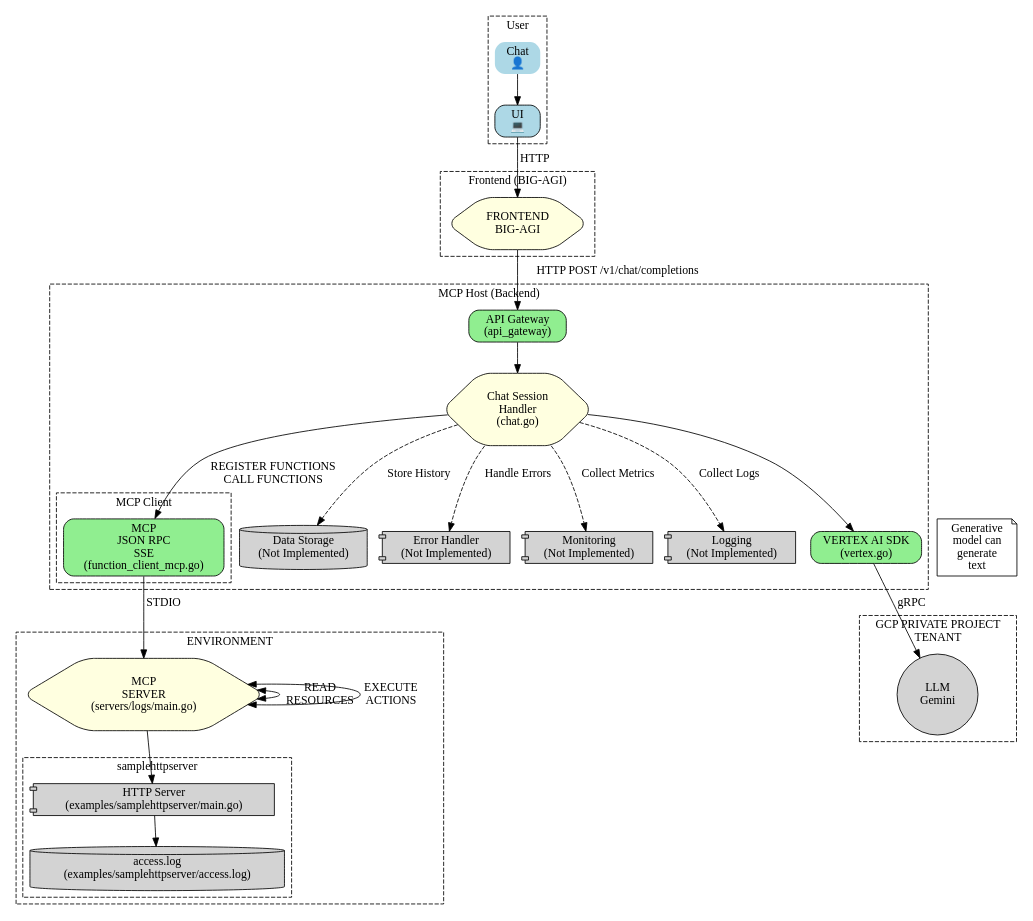
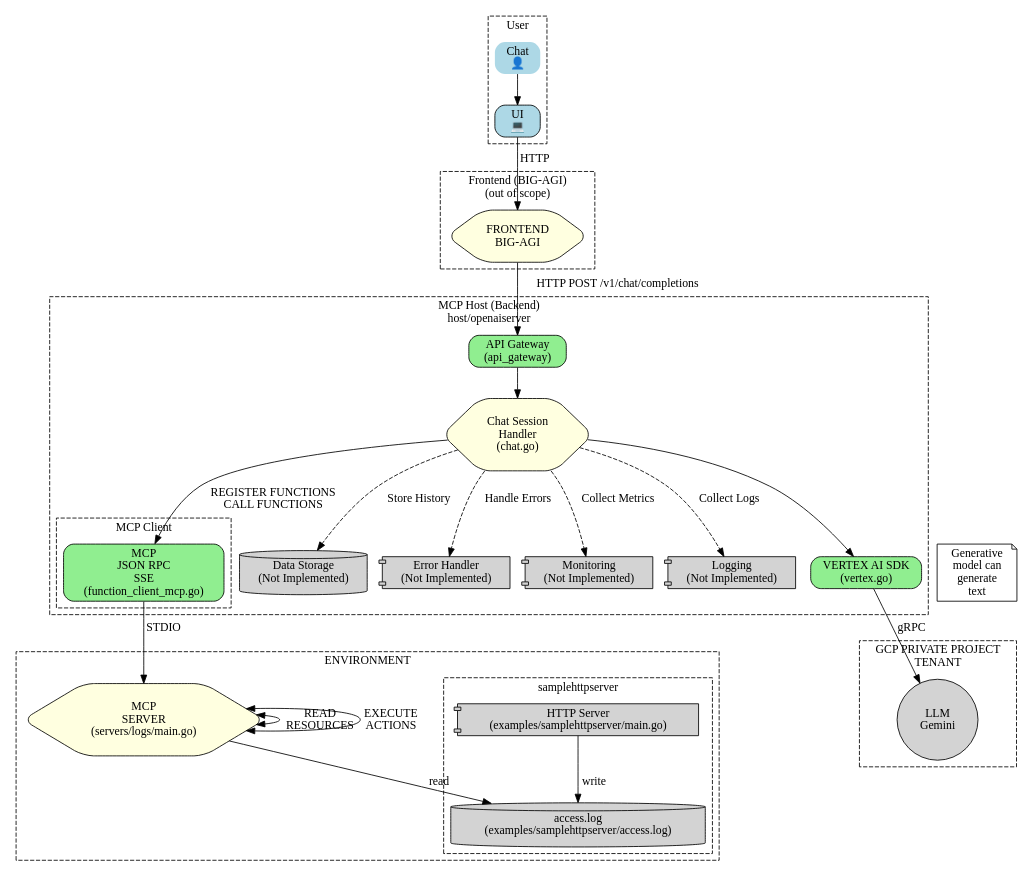
The diagram in doc/diagram.gv (owulveryck/gomcptest), drawn with Graphviz before and after one commit. The commit also changed 1 other file, not shown here.

```diff
--- a/doc/diagram.gv
+++ b/doc/diagram.gv
@@ -1,79 +1,79 @@
 digraph chat_architecture {
     rankdir=TB;
     node [shape=box, style="rounded,filled", fillcolor=lightblue];
 
     subgraph cluster_user {
         label = "User";
         style = "dashed";
         user [label="Chat\n👤", shape=plaintext];
         ui [label="UI\n💻", tooltip="Web/Mobile App"];
     }
 
    subgraph application {
        label = "Application";
        style = "dashed";
    }
     subgraph cluster_frontend {
-        label = "Frontend (BIG-AGI)";
+        label = "Frontend (BIG-AGI)\n(out of scope)";
         style = "dashed";
         frontend [label="FRONTEND\nBIG-AGI", shape=hexagon, fillcolor=lightyellow, tooltip="Handles user input and displays responses"];
     }
 
     subgraph cluster_backend {
-        label = "MCP Host (Backend)";
+        label = "MCP Host (Backend)\nhost/openaiserver";
         style = "dashed";
         api_gateway [label="API Gateway\n(api_gateway)", shape=box, fillcolor=lightgreen, tooltip="Receives requests from frontend"];
         chat_handler [label="Chat Session\nHandler\n(chat.go)", shape=hexagon, fillcolor=lightyellow, tooltip="Manages chat sessions, history, and orchestrates interactions"];
         vertex_sdk [label="VERTEX AI SDK\n(vertex.go)", shape=box, fillcolor=lightgreen, tooltip="Connects to and interacts with the LLM"];
         db [label="Data Storage\n(Not Implemented)", shape=cylinder, fillcolor=lightgrey, tooltip="Stores chat history and other data"];
         error_handler [label="Error Handler\n(Not Implemented)", shape=component, fillcolor=lightgrey, tooltip="Handles errors and exceptions"];
         monitoring [label="Monitoring\n(Not Implemented)", shape=component, fillcolor=lightgrey, tooltip="Collects metrics and logs"];
         logging [label="Logging\n(Not Implemented)", shape=component, fillcolor=lightgrey, tooltip="Logs application events"];
     
    subgraph cluster_mcp {
         label = "MCP Client";
         style = "dashed";
         mcp_protocol [label="MCP\nJSON RPC\nSSE\n(function_client_mcp.go)", shape=box, fillcolor=lightgreen, tooltip="Communicates with the external environment"];
     }
    }
     subgraph cluster_gcp {
         label = "GCP PRIVATE PROJECT\nTENANT";
         style = "dashed";
         llm [label="LLM\nGemini", shape=circle, fillcolor=lightgrey, tooltip="Large Language Model"];
     }
     
     subgraph cluster_environment {
         label = "ENVIRONMENT";
         style = "dashed";
         mcp_server [label="MCP\nSERVER\n(servers/logs/main.go)", shape=hexagon, fillcolor=lightyellow, tooltip="Executes actions and reads resources"];
          subgraph cluster_samplehttpserver {
             label = "samplehttpserver";
             style = "dashed";
             samplehttpserver [label="HTTP Server\n(examples/samplehttpserver/main.go)", shape=component, fillcolor=lightgrey, tooltip="Generates sample HTTP logs"];
             access_log [label="access.log\n(examples/samplehttpserver/access.log)", shape=cylinder, fillcolor=lightgrey, tooltip="Example log file"];
         }
     }
 
  
 
     user -> ui [label=""];
     ui -> frontend [label="HTTP"];
     frontend -> api_gateway [label="HTTP POST /v1/chat/completions"];
     api_gateway -> chat_handler [label=""];
     chat_handler -> vertex_sdk [label=""];
     vertex_sdk -> llm [label="gRPC"];
     chat_handler -> mcp_protocol [label="REGISTER FUNCTIONS\nCALL FUNCTIONS", tooltip="Registers and calls specific functions"];
     mcp_protocol -> mcp_server [label="STDIO"];
     mcp_server -> mcp_server [label="READ\nRESOURCES", dir=both, tooltip="Reads resources from the environment"];
     mcp_server -> mcp_server [label="EXECUTE\nACTIONS", dir=both, tooltip="Executes actions in the environment"];
     chat_handler -> db [label="Store History", style=dashed];
     chat_handler -> error_handler [label="Handle Errors", style=dashed];
     chat_handler -> monitoring [label="Collect Metrics", style=dashed];
     chat_handler -> logging [label="Collect Logs", style=dashed];
     
-    mcp_server -> samplehttpserver [label=""];
-    samplehttpserver -> access_log [label=""];
+    mcp_server -> access_log [label="read"];
+    samplehttpserver -> access_log [label="write"];
     
     note [label="Generative\nmodel can\ngenerate\ntext", shape=note, style="filled", fillcolor=white];
     note -> llm [style=invis];
 }
```
